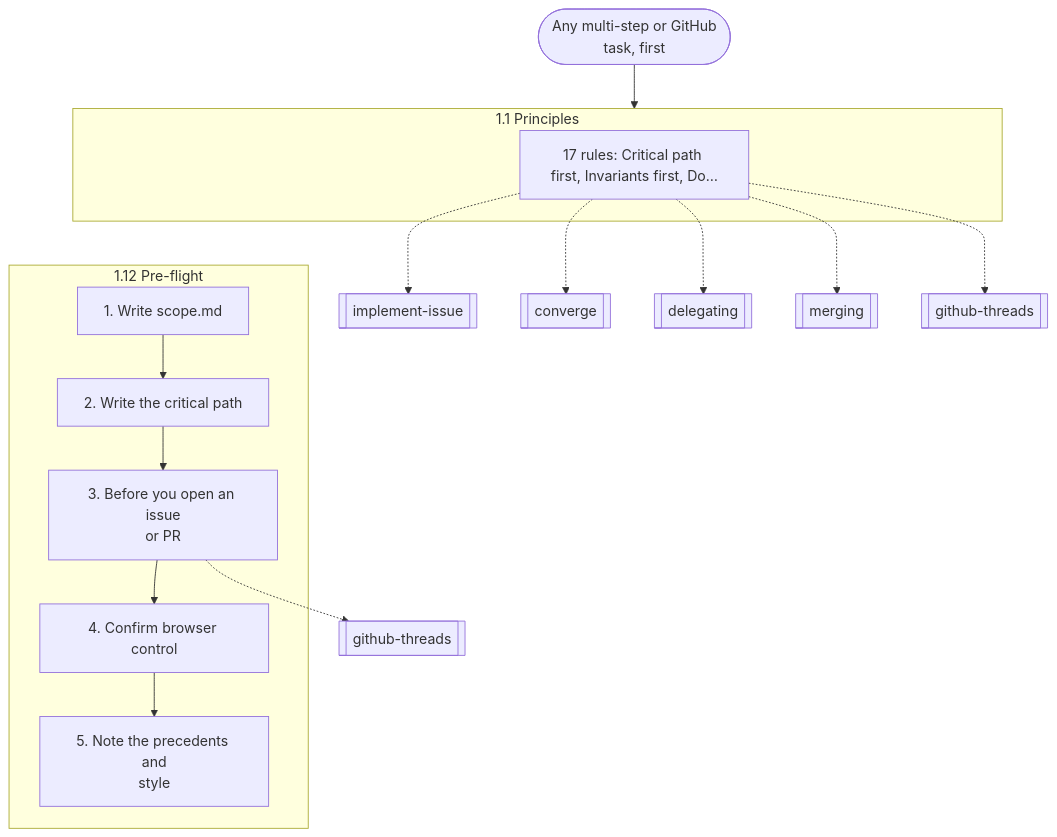
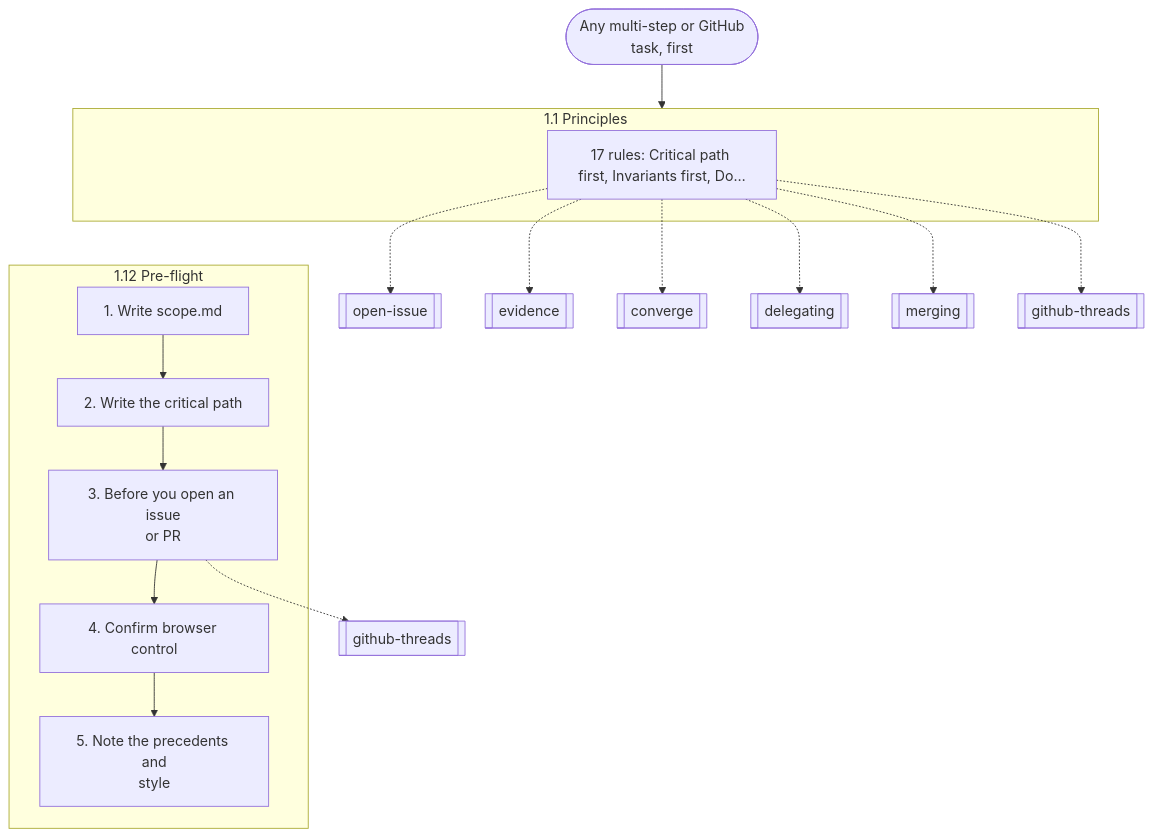
Before and after one commit to nitedani/mergeworthy: the first of 16 diagrams in docs/graphs.md, drawn with Mermaid. The commit also changed other lines of this file and 13 other files, not shown here.

First line of the commit message:
open-issue and evidence skills: issues get their own procedure, and both skills share one evidence method

````diff
--- a/docs/graphs.md
+++ b/docs/graphs.md
@@ -28,26 +30,27 @@
 ```mermaid
 flowchart TB
   start(["Any multi-step or GitHub<br/>task, first"])
   subgraph g0["1.1 Principles"]
     s0["17 rules: Critical path first, Invariants first, Do…"]
   end
-  s0 -.-> r1[["implement-issue"]]
-  s0 -.-> r2[["converge"]]
-  s0 -.-> r3[["delegating"]]
-  s0 -.-> r4[["merging"]]
-  s0 -.-> r5[["github-threads"]]
+  s0 -.-> r1[["open-issue"]]
+  s0 -.-> r2[["evidence"]]
+  s0 -.-> r3[["converge"]]
+  s0 -.-> r4[["delegating"]]
+  s0 -.-> r5[["merging"]]
+  s0 -.-> r6[["github-threads"]]
   subgraph g1["1.12 Pre-flight"]
     s1["1. Write scope.md"]
     s2["2. Write the critical path"]
     s1 --> s2
     s3["3. Before you open an issue<br/>or PR"]
     s2 --> s3
     s4["4. Confirm browser control"]
     s3 --> s4
     s5["5. Note the precedents and<br/>style"]
     s4 --> s5
   end
-  s3 -.-> r6[["github-threads"]]
+  s3 -.-> r7[["github-threads"]]
   start --> g0
   g0 ~~~ g1
 ```
````
